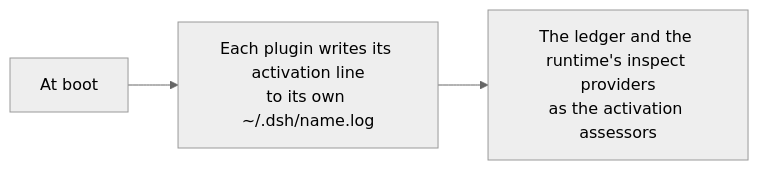
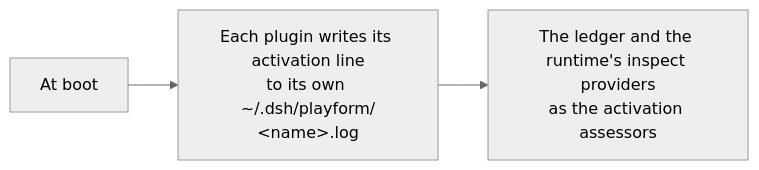
One commit to PlayForm/Site-DeepSeek changed the diagram in Source/Content/Mermaid/setup-ledger-verify.mmd. Above: the diagram before and after it, drawn with Mermaid (neutral theme). The commit also changed 77 other files, not shown here.

```diff
--- a/Source/Content/Mermaid/setup-ledger-verify.mmd
+++ b/Source/Content/Mermaid/setup-ledger-verify.mmd
@@ -1,4 +1,4 @@
 flowchart LR
-	BOOT["At boot"] --> LINE["Each plugin writes its activation line<br/>to its own ~/.dsh/name.log"]
+	BOOT["At boot"] --> LINE["Each plugin writes its activation line<br/>to its own ~/.dsh/playform/<br/>&lt;name&gt;.log"]
 	ASSESS["The ledger and the runtime's inspect providers<br/>as the activation assessors"]
 	LINE --> ASSESS
```
